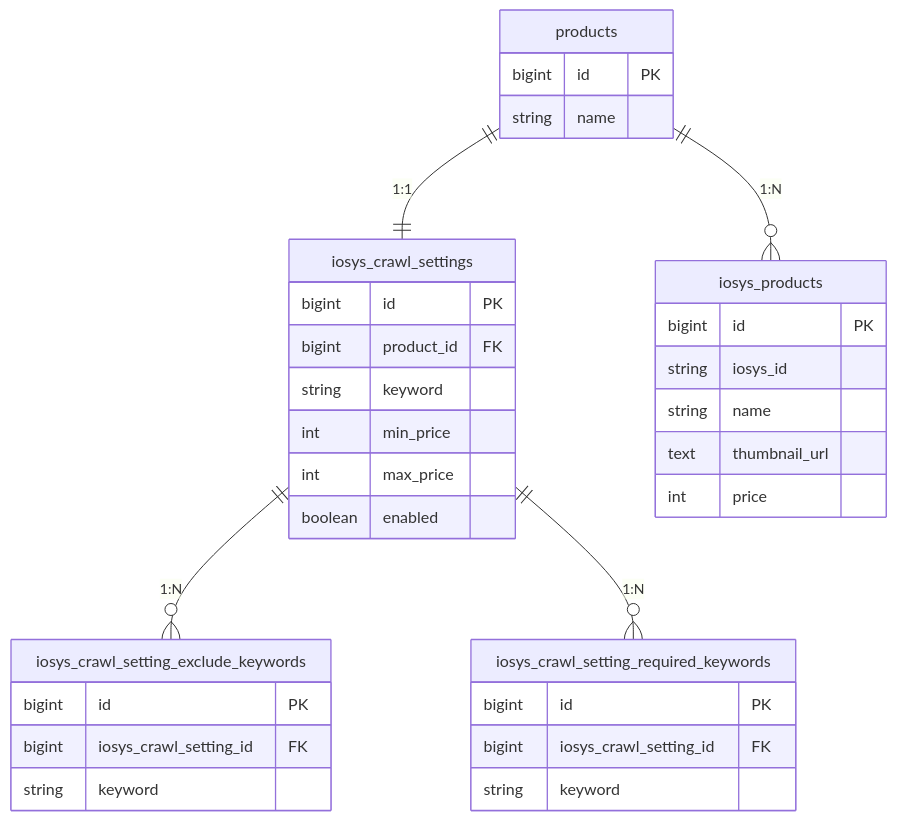
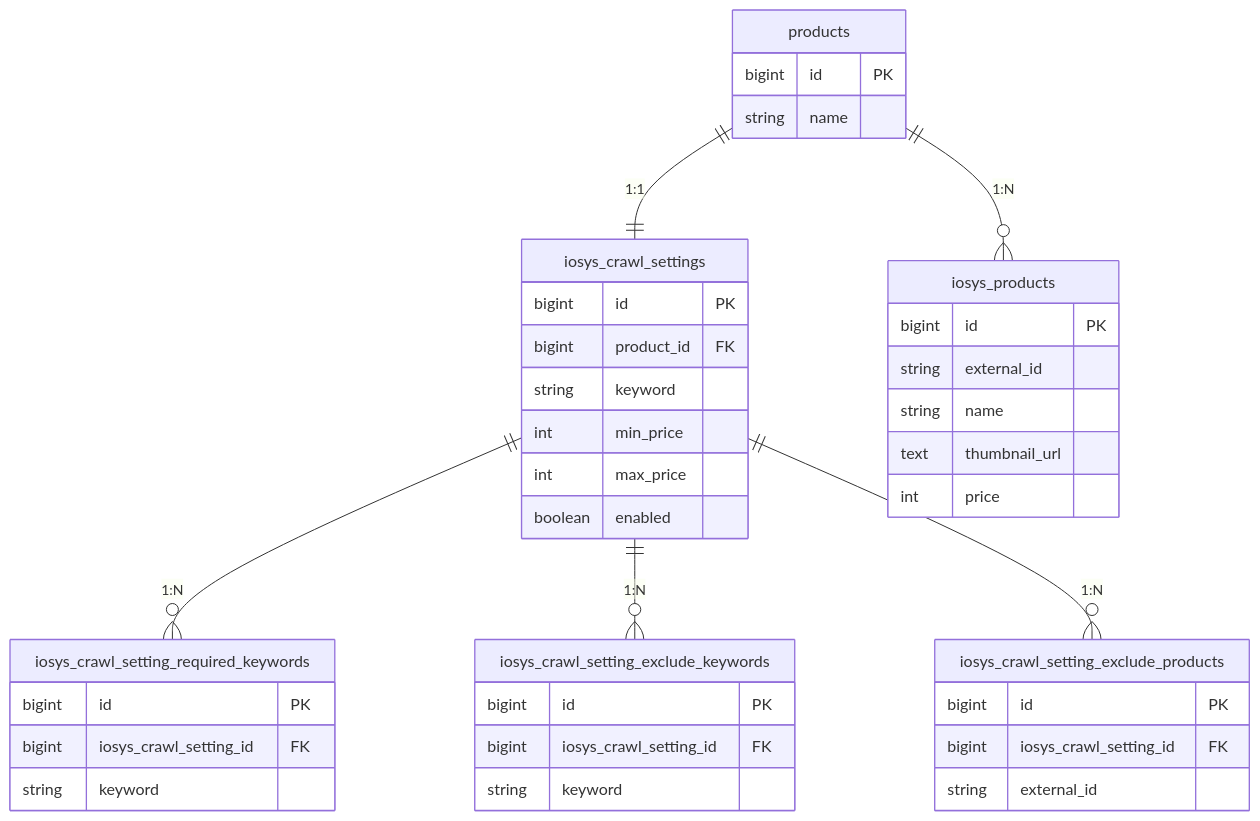
Before and after one commit to kuroweb/price-monitoring: the sixth of 9 diagrams in README.md, drawn with Mermaid. The commit also changed other lines of this file, not shown here.

````diff
--- a/README.md
+++ b/README.md
@@ -256,37 +280,43 @@
 ```mermaid
 erDiagram
   products {
     bigint id PK
     string name
   }
   iosys_crawl_settings {
     bigint id PK
     bigint product_id FK
     string keyword
     int min_price
     int max_price
     boolean enabled
   }
+  iosys_crawl_setting_required_keywords {
+    bigint id PK
+    bigint iosys_crawl_setting_id FK
+    string keyword
+  }
   iosys_crawl_setting_exclude_keywords {
     bigint id PK
     bigint iosys_crawl_setting_id FK
     string keyword
   }
-  iosys_crawl_setting_required_keywords {
+  iosys_crawl_setting_exclude_products {
     bigint id PK
     bigint iosys_crawl_setting_id FK
-    string keyword
+    string external_id
   }
   iosys_products {
     bigint id PK
-    string iosys_id
+    string external_id
     string name
     text thumbnail_url
     int price
   }
 
   products ||--|| iosys_crawl_settings : "1:1"
+  iosys_crawl_settings ||--o{ iosys_crawl_setting_required_keywords : "1:N"
   iosys_crawl_settings ||--o{ iosys_crawl_setting_exclude_keywords : "1:N"
-  iosys_crawl_settings ||--o{ iosys_crawl_setting_required_keywords : "1:N"
+  iosys_crawl_settings ||--o{ iosys_crawl_setting_exclude_products : "1:N"
   products ||--o{ iosys_products : "1:N"
 ```
````
